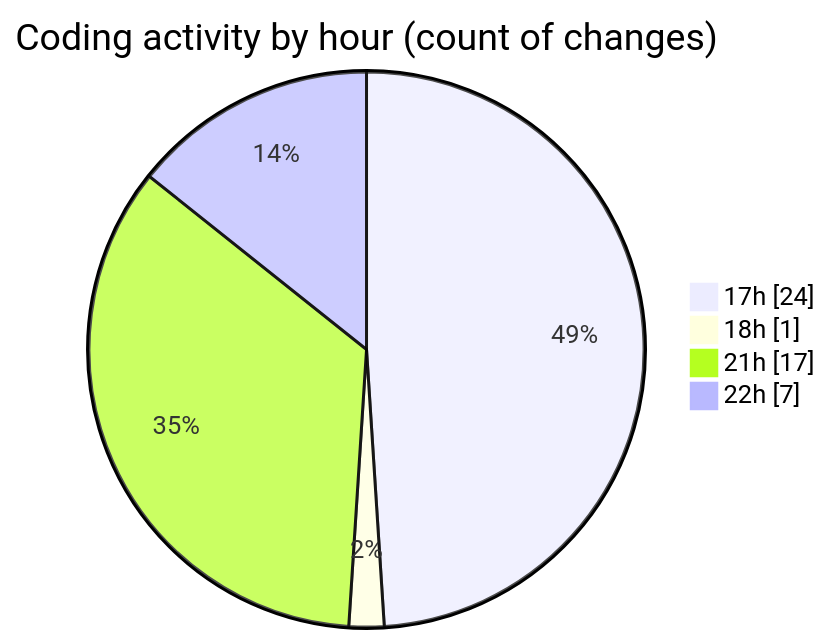
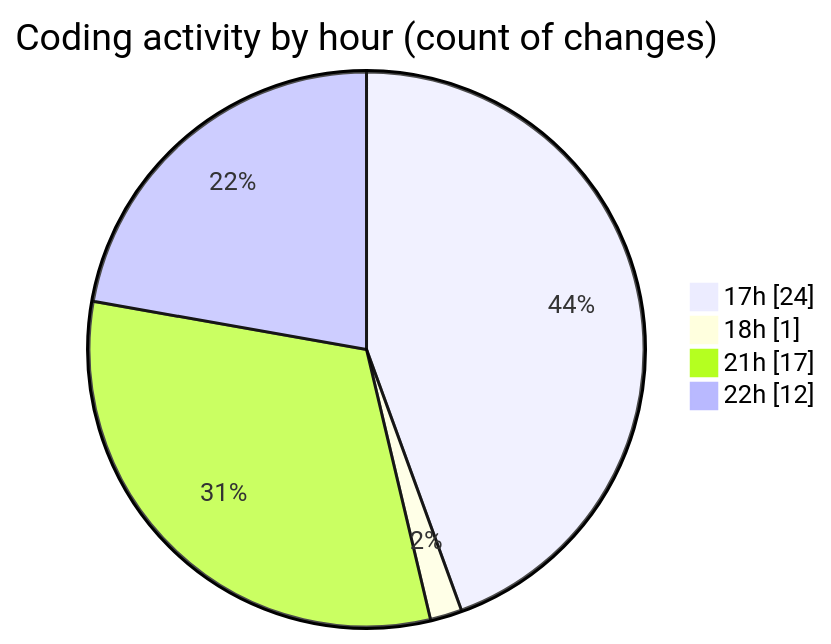
One commit to EIIisD/code-tracking changed the second of 2 diagrams in 2025-07-13/tampermonkey/README.md. Above: the diagram before and after it, drawn with Mermaid. The commit also changed other lines of this file and 1 other file, not shown here.

````diff
--- a/2025-07-13/tampermonkey/README.md
+++ b/2025-07-13/tampermonkey/README.md
@@ -44,8 +44,8 @@
 ```mermaid
 pie showData
 title Coding activity by hour (count of changes)
 "17h" : 24
 "18h" : 1
 "21h" : 17
-"22h" : 7
+"22h" : 12
 ```
````
